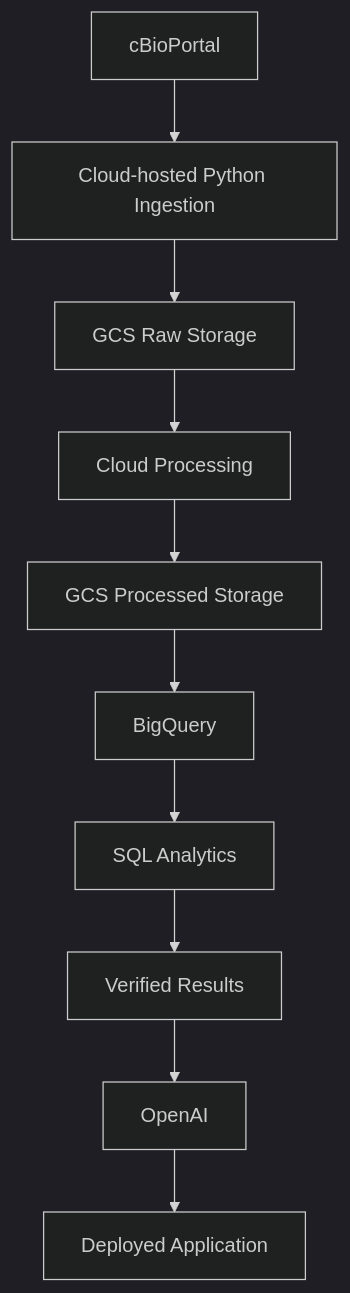
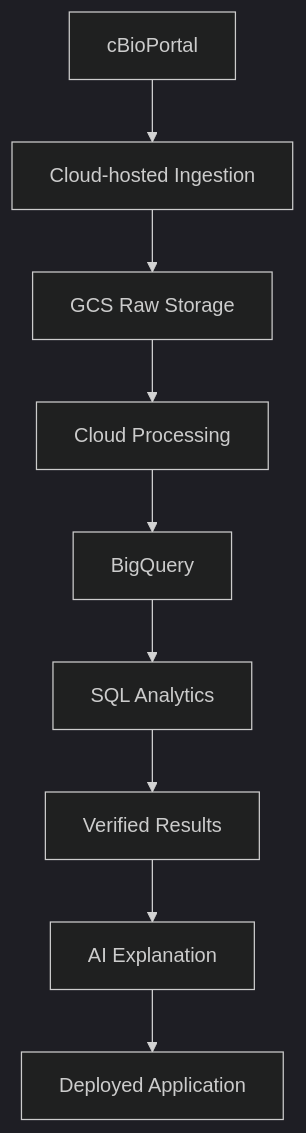
Before and after one commit to HaneefaShaikGit/biodata-copilot: the second of 2 diagrams in docs/architecture.md, drawn with Mermaid (dark theme). The commit also changed other lines of this file and 13 other files, not shown here.

````diff
--- a/docs/architecture.md
+++ b/docs/architecture.md
@@ -269,12 +309,11 @@
 ```mermaid
 flowchart TD
-    A[cBioPortal] --> B[Cloud-hosted Python Ingestion]
+    A[cBioPortal] --> B[Cloud-hosted Ingestion]
     B --> C[GCS Raw Storage]
     C --> D[Cloud Processing]
-    D --> E[GCS Processed Storage]
-    E --> F[BigQuery]
-    F --> G[SQL Analytics]
-    G --> H[Verified Results]
-    H --> I[OpenAI]
-    I --> J[Deployed Application]
+    D --> E[BigQuery]
+    E --> F[SQL Analytics]
+    F --> G[Verified Results]
+    G --> H[AI Explanation]
+    H --> I[Deployed Application]
 ```
````
